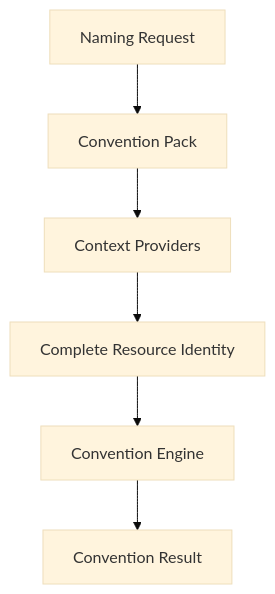
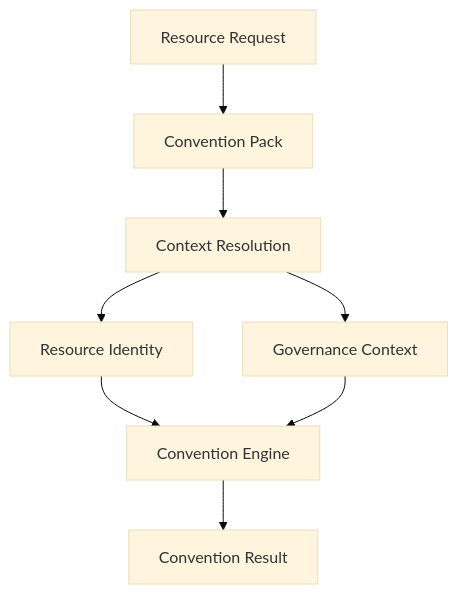
Before and after one commit to lksnext/iac-resource-conventions: the diagram in specification/naming-request.md, drawn with Mermaid (base theme). The commit also changed other lines of this file and 5 other files, not shown here.

First line of the commit message:
refactor(specification): separate governance from resource identity

````diff
--- a/specification/naming-request.md
+++ b/specification/naming-request.md
@@ -38,8 +45,10 @@
 ```mermaid
 flowchart TD
-    NR["Naming Request"] --> CP["Convention Pack"]
-    CP --> CtxP["Context Providers"]
-    CtxP --> CRI["Complete Resource Identity"]
-    CRI --> CE["Convention Engine"]
-    CE --> CR["Convention Result"]
+    RR["Resource Request"] --> CP["Convention Pack"]
+    CP --> CR["Context Resolution"]
+    CR --> RI["Resource Identity"]
+    CR --> GC["Governance Context"]
+    RI --> CE["Convention Engine"]
+    GC --> CE
+    CE --> Result["Convention Result"]
 ```
````
